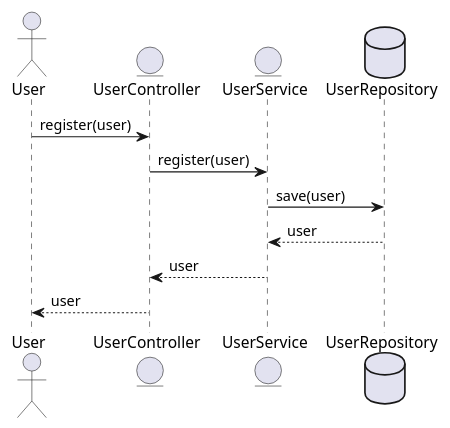
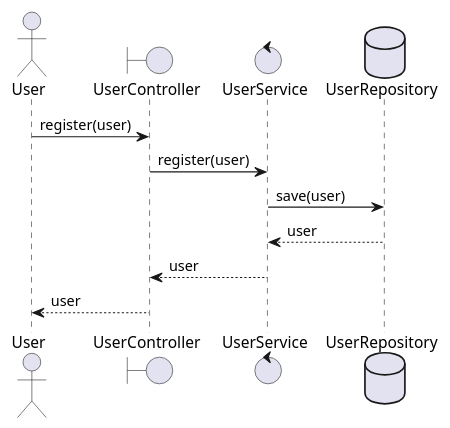
The first of 6 diagrams in identityprovider/documentation/detaileddesign.adoc (Dinesh-s95/AutoDoc.ai), drawn with PlantUML before and after one commit. The commit also changed other lines of this file and 4 other files, not shown here.

```diff
--- a/identityprovider/documentation/detaileddesign.adoc
+++ b/identityprovider/documentation/detaileddesign.adoc
@@ -297,16 +321,16 @@
 [plantuml, user-registration-flow, png]
 ----
 @startuml
 actor User
-entity UserController
-entity UserService
+boundary UserController
+control UserService
 database UserRepository
 
 User -> UserController : register(user)
 UserController -> UserService : register(user)
 UserService -> UserRepository : save(user)
 UserRepository --> UserService : user
 UserService --> UserController : user
 UserController --> User : user
 @enduml
 ----
```
